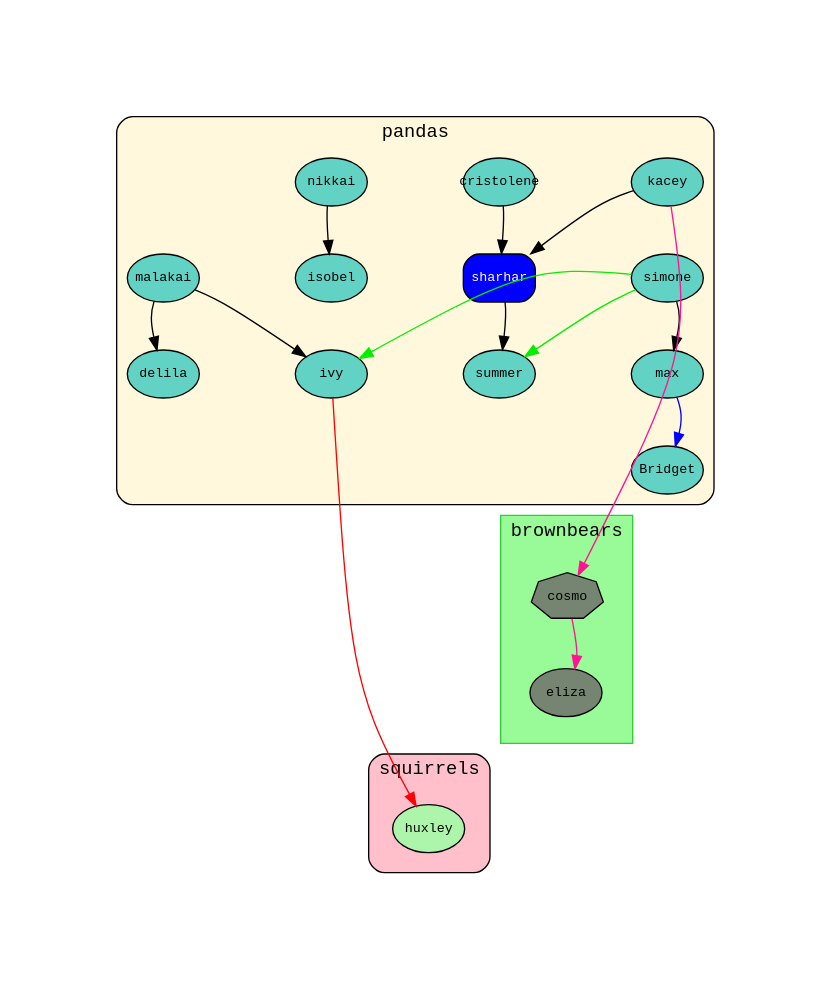
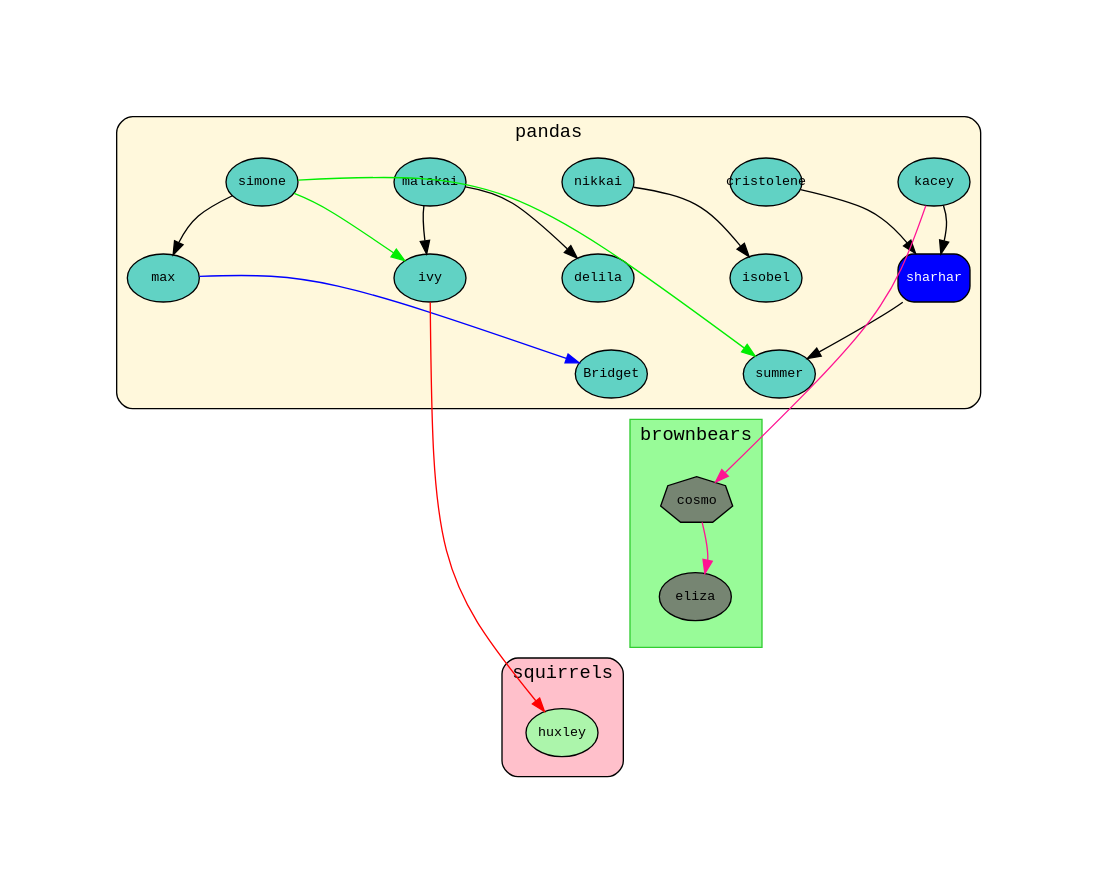
One commit to judepayne/draw-graph changed the diagram in lib-draw-graph/test.dot. Above: the diagram before and after it, drawn with Graphviz. The commit also changed 6 other files, not shown here.

Commit message:
patched rhizome to handle cluster->rank

```diff
--- a/lib-draw-graph/test.dot
+++ b/lib-draw-graph/test.dot
@@ -1,58 +1,60 @@
 digraph {
 graph[overlap=false, layout="dot", splines="curved", concentrate=true, dpi=72, pad=1, rankdir="TB", nodesep=1]
 node[fontname="Monospace"]
 edge[fontname="Monospace"]
 
-subgraph cluster13087 {
+subgraph cluster9831 {
 graph[dpi=100, label="pandas", bgcolor="cornsilk1", style="rounded", rank="source", fontname="Monospace", rankdir=TP]
 node[fontname="Monospace"]
 edge[fontname="Monospace"]
 
-node13088[style="filled,rounded", fontsize=10, fixedsize="true", shape="ellipse", margin="0.1", label="delila", fillcolor="#61d2c4"]
-node13089[style="filled,rounded", fontsize=10, fixedsize="true", shape="ellipse", margin="0.1", label="cristolene", fillcolor="#61d2c4"]
-node13090[style="filled,rounded", fontsize=10, fixedsize="true", shape="ellipse", margin="0.1", label="nikkai", fillcolor="#61d2c4"]
-node13091[style="filled,rounded", fontsize=10, fixedsize="true", shape="ellipse", margin="0.1", label="malakai", fillcolor="#61d2c4"]
-node13092[style="filled,rounded", fontsize=10, fixedsize="true", shape="ellipse", margin="0.1", label="max", fillcolor="#61d2c4"]
-node13093[style="filled,rounded", fontsize=10, fixedsize="true", shape="ellipse", margin="0.1", label="Bridget", fillcolor="#61d2c4"]
-node13094[style="filled,rounded", fontsize=10, fixedsize="true", shape="ellipse", margin="0.1", label="simone", fillcolor="#61d2c4"]
-node13095[style="filled,rounded", fontsize=10, fixedsize="true", shape="rect", margin="0.1", label="sharhar", fillcolor="blue", fontcolor="white"]
-node13096[style="filled,rounded", fontsize=10, fixedsize="true", shape="ellipse", margin="0.1", label="isobel", fillcolor="#61d2c4"]
-node13097[style="filled,rounded", fontsize=10, fixedsize="true", shape="ellipse", margin="0.1", label="kacey", fillcolor="#61d2c4"]
-node13098[style="filled,rounded", fontsize=10, fixedsize="true", shape="ellipse", margin="0.1", label="summer", fillcolor="#61d2c4"]
-node13099[style="filled,rounded", fontsize=10, fixedsize="true", shape="ellipse", margin="0.1", label="ivy", fillcolor="#61d2c4"]
+node9837[style="filled,rounded", fontsize=10, fixedsize="true", shape="ellipse", margin="0.1", label="delila", fillcolor="#61d2c4"]
+node9832[style="filled,rounded", fontsize=10, fixedsize="true", shape="ellipse", margin="0.1", label="cristolene", fillcolor="#61d2c4"]
+node9834[style="filled,rounded", fontsize=10, fixedsize="true", shape="ellipse", margin="0.1", label="nikkai", fillcolor="#61d2c4"]
+node9835[style="filled,rounded", fontsize=10, fixedsize="true", shape="ellipse", margin="0.1", label="malakai", fillcolor="#61d2c4"]
+node9838[style="filled,rounded", fontsize=10, fixedsize="true", shape="ellipse", margin="0.1", label="max", fillcolor="#61d2c4"]
+node9839[style="filled,rounded", fontsize=10, fixedsize="true", shape="ellipse", margin="0.1", label="Bridget", fillcolor="#61d2c4"]
+node9833[style="filled,rounded", fontsize=10, fixedsize="true", shape="ellipse", margin="0.1", label="simone", fillcolor="#61d2c4"]
+node9840[style="filled,rounded", fontsize=10, fixedsize="true", shape="rect", margin="0.1", label="sharhar", fillcolor="blue", fontcolor="white"]
+node9841[style="filled,rounded", fontsize=10, fixedsize="true", shape="ellipse", margin="0.1", label="isobel", fillcolor="#61d2c4"]
+node9836[style="filled,rounded", fontsize=10, fixedsize="true", shape="ellipse", margin="0.1", label="kacey", fillcolor="#61d2c4"]
+node9842[style="filled,rounded", fontsize=10, fixedsize="true", shape="ellipse", margin="0.1", label="summer", fillcolor="#61d2c4"]
+node9843[style="filled,rounded", fontsize=10, fixedsize="true", shape="ellipse", margin="0.1", label="ivy", fillcolor="#61d2c4"]
+{ rank=same; node9832, node9833, node9834, node9835, node9836 }
+
 }
 
-subgraph cluster13100 {
+subgraph cluster9844 {
 graph[dpi=100, label="squirrels", bgcolor="pink", style="rounded", margin="15", fontname="Monospace", rankdir=TP]
 node[fontname="Monospace"]
 edge[fontname="Monospace"]
 
-node13101[style="filled,rounded", fontsize=10, fixedsize="true", shape="ellipse", margin="0.1", label="huxley", fillcolor="#acf5ab"]
+node9845[style="filled,rounded", fontsize=10, fixedsize="true", shape="ellipse", margin="0.1", label="huxley", fillcolor="#acf5ab"]
 }
 
-subgraph cluster13102 {
+subgraph cluster9846 {
 graph[dpi=100, label="brownbears", bgcolor="palegreen", color="limegreen", margin="20", fontname="Monospace", rankdir=TP]
 node[fontname="Monospace"]
 edge[fontname="Monospace"]
 
-node13103[style="filled,rounded", fontsize=10, fixedsize="true", shape="ellipse", margin="0.1", label="eliza", fillcolor="#768572"]
-node13104[style="filled", fontsize=10, fixedsize="true", shape="septagon", margin="0.1", label="cosmo", fillcolor="#768572"]
+node9847[style="filled,rounded", fontsize=10, fixedsize="true", shape="ellipse", margin="0.1", label="eliza", fillcolor="#768572"]
+node9848[style="filled", fontsize=10, fixedsize="true", shape="septagon", margin="0.1", label="cosmo", fillcolor="#768572"]
 }
 
-node13089 -> node13095[label=""]
-node13090 -> node13096[label=""]
-node13103 -> node13101[style="invis", label=""]
-node13091 -> node13088[label=""]
-node13091 -> node13099[label=""]
-node13092 -> node13093[color="blue", label=""]
-node13093 -> node13104[style="invis", label=""]
-node13094 -> node13092[label=""]
-node13094 -> node13098[color="green2", label=""]
-node13094 -> node13099[color="green2", label=""]
-node13104 -> node13103[color="deeppink", label=""]
-node13095 -> node13098[label=""]
-node13097 -> node13104[color="deeppink", label=""]
-node13097 -> node13095[label=""]
-node13098 -> node13104[style="invis", label=""]
-node13099 -> node13101[color="red", label=""]
+node9832 -> node9840[label=""]
+node9834 -> node9841[label=""]
+node9847 -> node9845[style="invis", label=""]
+node9835 -> node9837[label=""]
+node9835 -> node9843[label=""]
+node9838 -> node9839[color="blue", label=""]
+node9839 -> node9848[style="invis", label=""]
+node9833 -> node9838[label=""]
+node9833 -> node9842[color="green2", label=""]
+node9833 -> node9843[color="green2", label=""]
+node9848 -> node9847[color="deeppink", label=""]
+node9840 -> node9842[label=""]
+node9836 -> node9848[color="deeppink", label=""]
+node9836 -> node9840[label=""]
+node9842 -> node9848[style="invis", label=""]
+node9843 -> node9845[color="red", label=""]
 }
```
